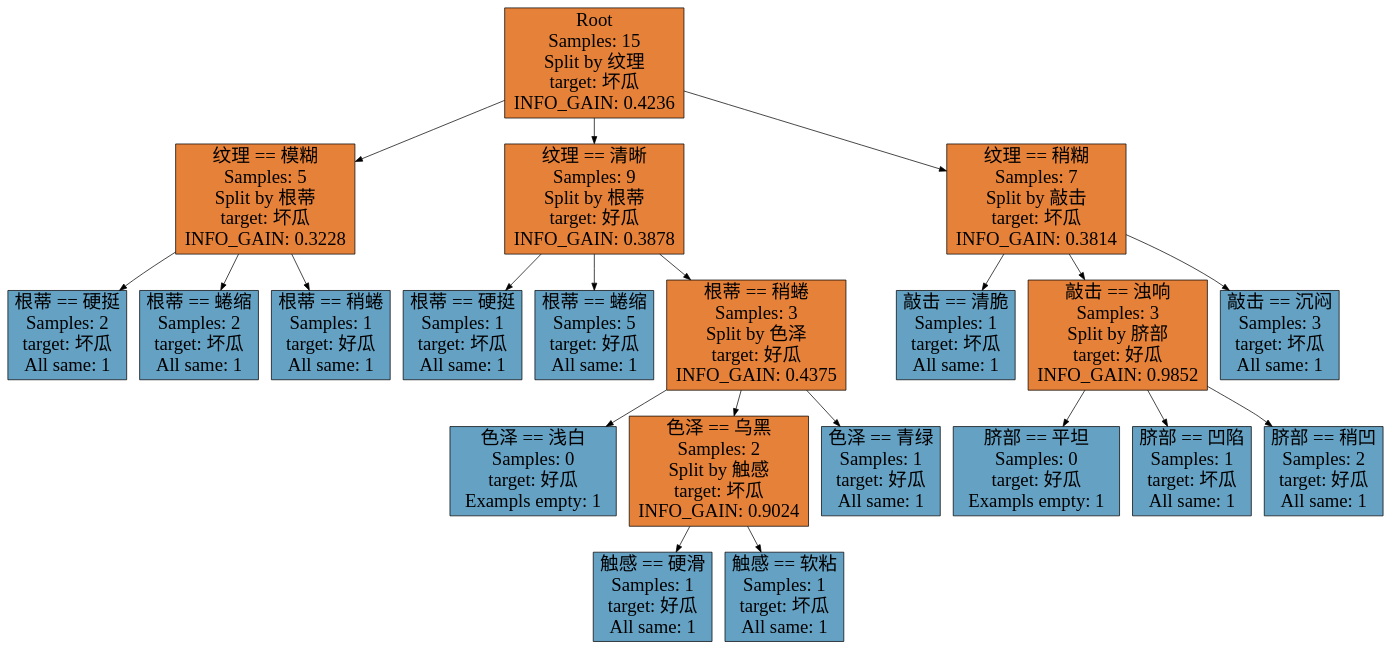
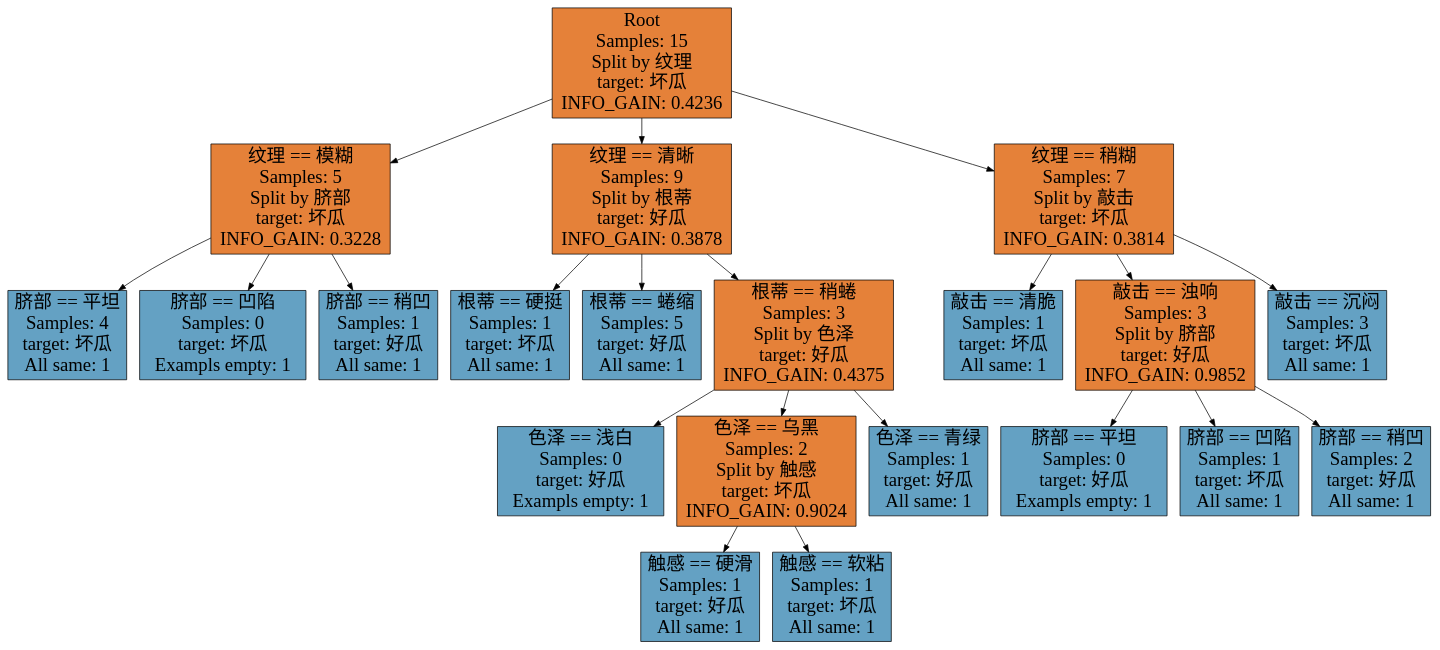
One commit to VioletStrelitzia/AI changed the diagram in resources/DT/trees/watermelon3.0-lack.dot. Above: the diagram before and after it, drawn with Graphviz. The commit also changed 1321 other files, not shown here.

```diff
--- a/resources/DT/trees/watermelon3.0-lack.dot
+++ b/resources/DT/trees/watermelon3.0-lack.dot
@@ -1,45 +1,45 @@
 digraph Tree {
 node [shape=box, style="filled", color="black", fontname="Microsoft YaHei", fontsize=26];
 edge [fontname="Microsoft YaHei", fontsize=26];
 0 [label="Root\nSamples: 15\nSplit by 纹理\ntarget: 坏瓜\nINFO_GAIN: 0.4236", fillcolor="#e58139"];
 0 -> 1;
-1 [label="纹理 == 模糊\nSamples: 5\nSplit by 根蒂\ntarget: 坏瓜\nINFO_GAIN: 0.3228", fillcolor="#e58139"];
+1 [label="纹理 == 模糊\nSamples: 5\nSplit by 脐部\ntarget: 坏瓜\nINFO_GAIN: 0.3228", fillcolor="#e58139"];
 1 -> 2;
-2 [label="根蒂 == 硬挺\nSamples: 2\ntarget: 坏瓜\nAll same: 1", fillcolor="#64a1c3"];
+2 [label="脐部 == 平坦\nSamples: 4\ntarget: 坏瓜\nAll same: 1", fillcolor="#64a1c3"];
 1 -> 3;
-3 [label="根蒂 == 蜷缩\nSamples: 2\ntarget: 坏瓜\nAll same: 1", fillcolor="#64a1c3"];
+3 [label="脐部 == 凹陷\nSamples: 0\ntarget: 坏瓜\nExampls empty: 1", fillcolor="#64a1c3"];
 1 -> 4;
-4 [label="根蒂 == 稍蜷\nSamples: 1\ntarget: 好瓜\nAll same: 1", fillcolor="#64a1c3"];
+4 [label="脐部 == 稍凹\nSamples: 1\ntarget: 好瓜\nAll same: 1", fillcolor="#64a1c3"];
 0 -> 5;
 5 [label="纹理 == 清晰\nSamples: 9\nSplit by 根蒂\ntarget: 好瓜\nINFO_GAIN: 0.3878", fillcolor="#e58139"];
 5 -> 6;
 6 [label="根蒂 == 硬挺\nSamples: 1\ntarget: 坏瓜\nAll same: 1", fillcolor="#64a1c3"];
 5 -> 7;
 7 [label="根蒂 == 蜷缩\nSamples: 5\ntarget: 好瓜\nAll same: 1", fillcolor="#64a1c3"];
 5 -> 8;
 8 [label="根蒂 == 稍蜷\nSamples: 3\nSplit by 色泽\ntarget: 好瓜\nINFO_GAIN: 0.4375", fillcolor="#e58139"];
 8 -> 9;
 9 [label="色泽 == 浅白\nSamples: 0\ntarget: 好瓜\nExampls empty: 1", fillcolor="#64a1c3"];
 8 -> 10;
 10 [label="色泽 == 乌黑\nSamples: 2\nSplit by 触感\ntarget: 坏瓜\nINFO_GAIN: 0.9024", fillcolor="#e58139"];
 10 -> 11;
 11 [label="触感 == 硬滑\nSamples: 1\ntarget: 好瓜\nAll same: 1", fillcolor="#64a1c3"];
 10 -> 12;
 12 [label="触感 == 软粘\nSamples: 1\ntarget: 坏瓜\nAll same: 1", fillcolor="#64a1c3"];
 8 -> 13;
 13 [label="色泽 == 青绿\nSamples: 1\ntarget: 好瓜\nAll same: 1", fillcolor="#64a1c3"];
 0 -> 14;
 14 [label="纹理 == 稍糊\nSamples: 7\nSplit by 敲击\ntarget: 坏瓜\nINFO_GAIN: 0.3814", fillcolor="#e58139"];
 14 -> 15;
 15 [label="敲击 == 清脆\nSamples: 1\ntarget: 坏瓜\nAll same: 1", fillcolor="#64a1c3"];
 14 -> 16;
 16 [label="敲击 == 浊响\nSamples: 3\nSplit by 脐部\ntarget: 好瓜\nINFO_GAIN: 0.9852", fillcolor="#e58139"];
 16 -> 17;
 17 [label="脐部 == 平坦\nSamples: 0\ntarget: 好瓜\nExampls empty: 1", fillcolor="#64a1c3"];
 16 -> 18;
 18 [label="脐部 == 凹陷\nSamples: 1\ntarget: 坏瓜\nAll same: 1", fillcolor="#64a1c3"];
 16 -> 19;
 19 [label="脐部 == 稍凹\nSamples: 2\ntarget: 好瓜\nAll same: 1", fillcolor="#64a1c3"];
 14 -> 20;
 20 [label="敲击 == 沉闷\nSamples: 3\ntarget: 坏瓜\nAll same: 1", fillcolor="#64a1c3"];
 }
```
